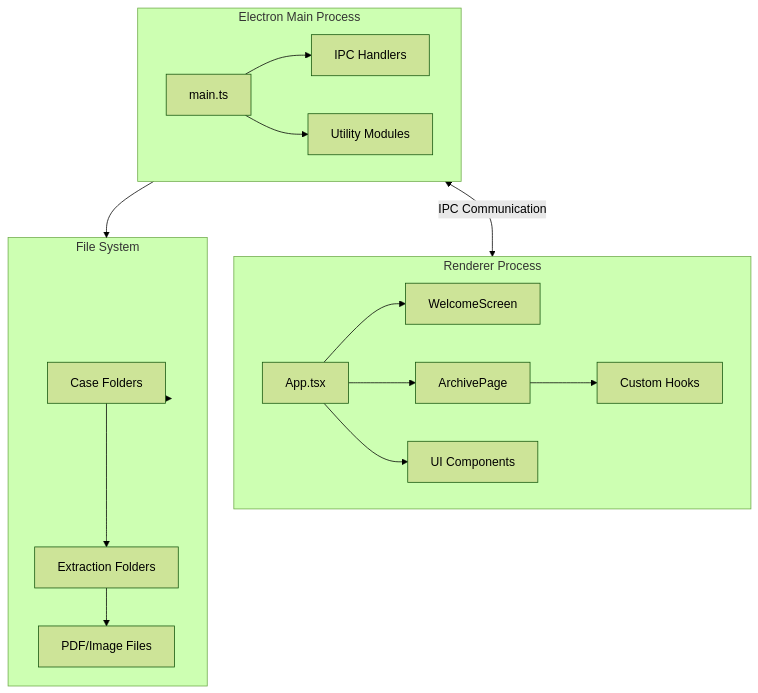
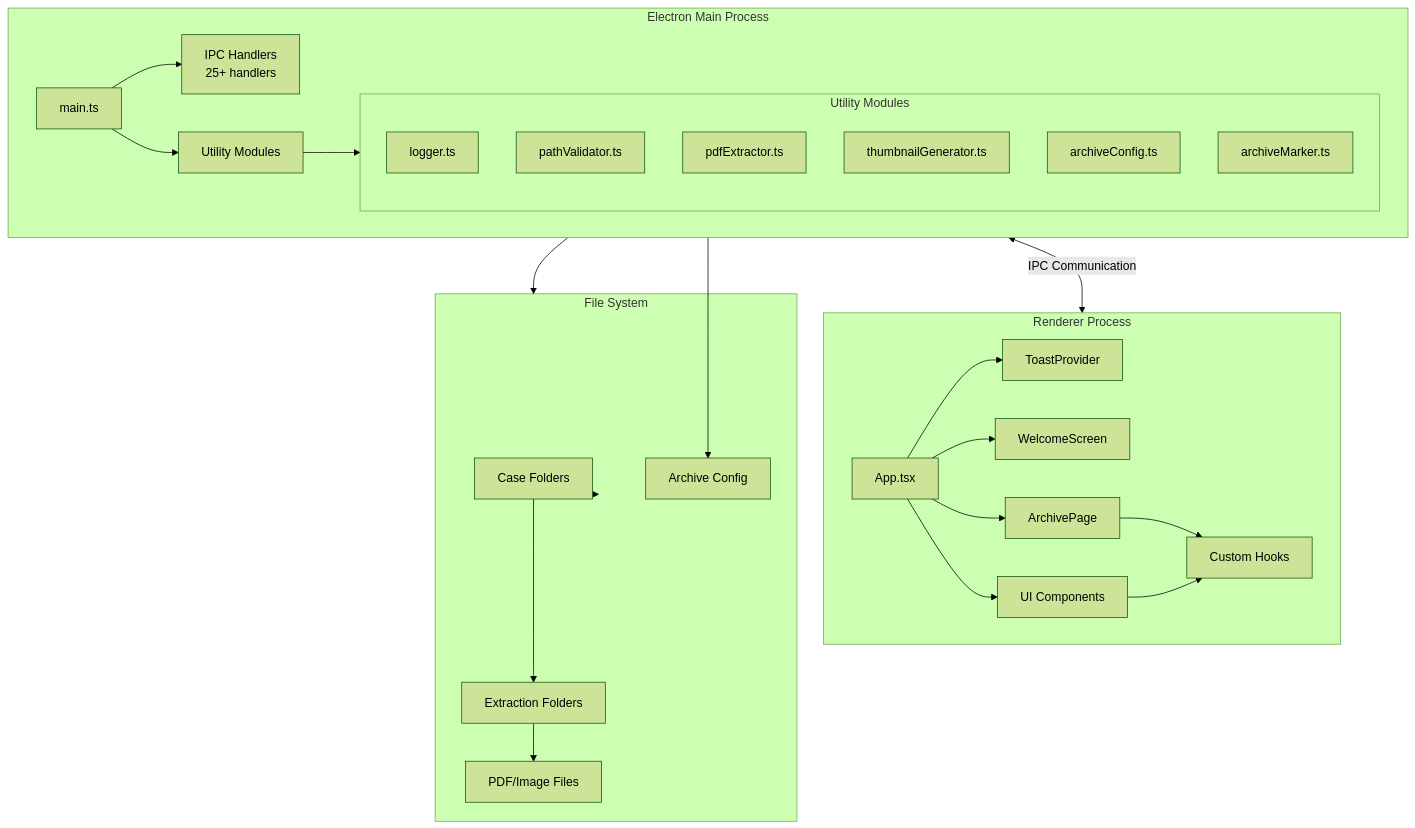
The first of 3 diagrams in README.md (BridgewareDynamics/Vault), drawn with Mermaid (forest theme) before and after one commit. The commit also changed other lines of this file and 4 other files, not shown here.

````diff
--- a/README.md
+++ b/README.md
@@ -64,34 +64,50 @@
 ```mermaid
 graph TB
     subgraph Electron[Electron Main Process]
         Main[main.ts]
-        IPC[IPC Handlers]
+        IPC[IPC Handlers<br/>25+ handlers]
         Utils[Utility Modules]
         Main --> IPC
         Main --> Utils
+        
+        subgraph UtilsDetail[Utility Modules]
+            Logger[logger.ts]
+            PathValidator[pathValidator.ts]
+            PDFExtractor[pdfExtractor.ts]
+            ThumbnailGen[thumbnailGenerator.ts]
+            ArchiveConfig[archiveConfig.ts]
+            ArchiveMarker[archiveMarker.ts]
+        end
+        Utils --> UtilsDetail
     end
     
     subgraph Renderer[Renderer Process]
         App[App.tsx]
+        ToastProvider[ToastProvider]
         Welcome[WelcomeScreen]
-        Vault[ArchivePage]
+        ArchivePage[ArchivePage]
         Components[UI Components]
         Hooks[Custom Hooks]
+        
+        App --> ToastProvider
         App --> Welcome
-        App --> Vault
+        App --> ArchivePage
         App --> Components
-        Vault --> Hooks
+        ArchivePage --> Hooks
+        Components --> Hooks
     end
     
     subgraph Storage[File System]
         Cases[Case Folders]
         Extractions[Extraction Folders]
         Files[PDF/Image Files]
+        Config[Archive Config]
     end
     
     Electron <-->|IPC Communication| Renderer
     Electron --> Storage
     Storage --> Cases
     Cases --> Extractions
     Extractions --> Files
+    Electron --> Config
 ```
````
